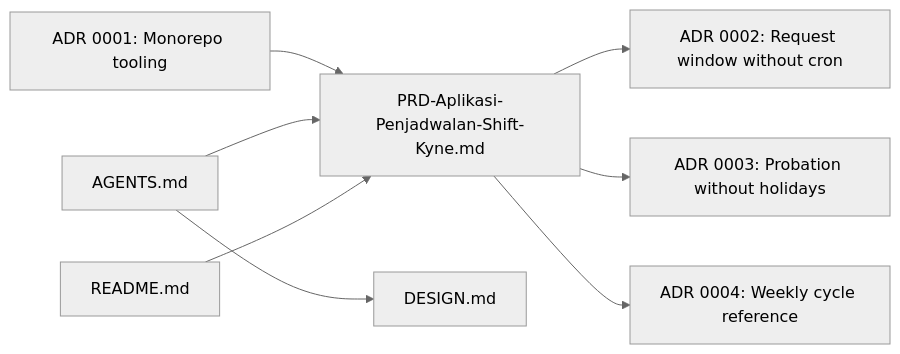
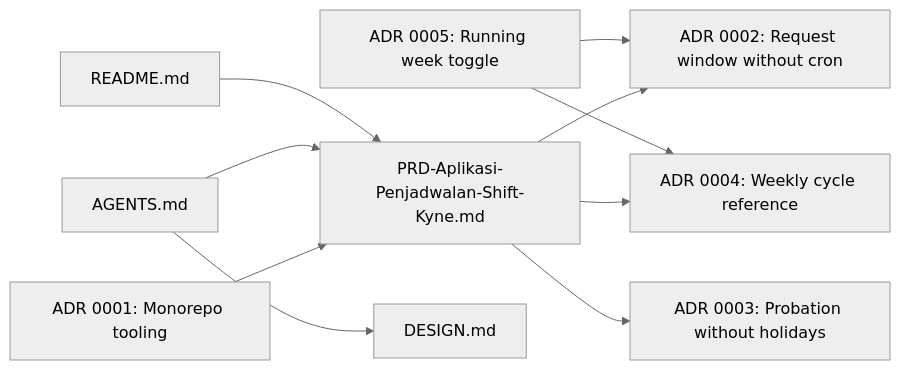
Diagram 11 of 11 in .qoder/repowiki/en/content/Technical Architecture/Architecture Decision Records.md (epo33m/scheduling), drawn with Mermaid (neutral theme) before and after one commit. The commit also changed other lines of this file and 77 other files, not shown here.

````diff
--- a/.qoder/repowiki/en/content/Technical Architecture/Architecture Decision Records.md
+++ b/.qoder/repowiki/en/content/Technical Architecture/Architecture Decision Records.md
@@ -383,18 +434,21 @@
 ```mermaid
 graph LR
 PRD["PRD-Aplikasi-Penjadwalan-Shift-Kyne.md"]
 ADR1["ADR 0001: Monorepo tooling"]
 ADR2["ADR 0002: Request window without cron"]
 ADR3["ADR 0003: Probation without holidays"]
 ADR4["ADR 0004: Weekly cycle reference"]
+ADR5["ADR 0005: Running week toggle"]
 Design["DESIGN.md"]
 Agents["AGENTS.md"]
 Readme["README.md"]
 PRD --> ADR2
 PRD --> ADR3
 PRD --> ADR4
 ADR1 --> PRD
+ADR5 --> ADR4
+ADR5 --> ADR2
 Agents --> Design
 Agents --> PRD
 Readme --> PRD
 ```
````
